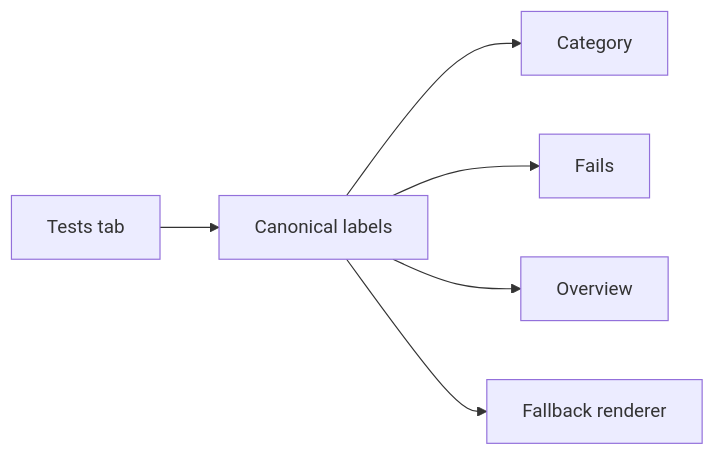
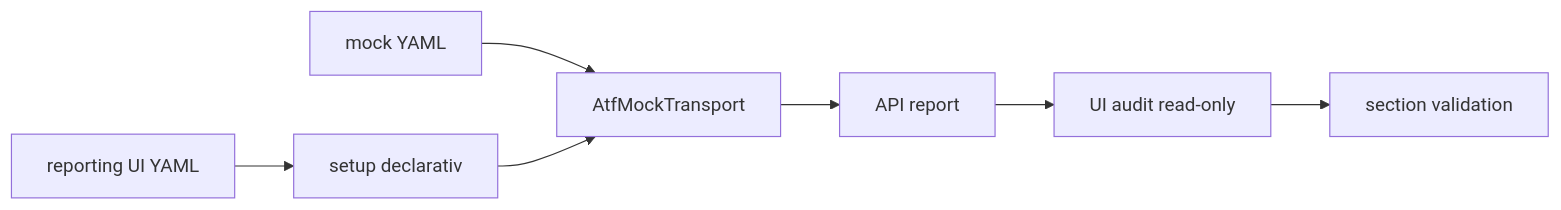
The third of 3 diagrams in atf-reporting/README.md (crististefanita/demo2), drawn with Mermaid before and after one commit. The commit also changed other lines of this file and 647 other files, not shown here.

````diff
--- a/atf-reporting/README.md
+++ b/atf-reporting/README.md
@@ -609,8 +296,9 @@
 ```mermaid
 flowchart LR
-    Tests[Tests tab] --> Labels[Canonical labels]
-    Labels --> Category[Category]
-    Labels --> Fails[Fails]
-    Labels --> Overview[Overview]
-    Labels --> Fallback[Fallback renderer]
+    UiYaml[reporting UI YAML] --> Setup[setup declarativ]
+    MockYaml[mock YAML] --> Mock[AtfMockTransport]
+    Setup --> Mock
+    Mock --> ApiReport[API report]
+    ApiReport --> UiAudit[UI audit read-only]
+    UiAudit --> Validation[section validation]
 ```
````
